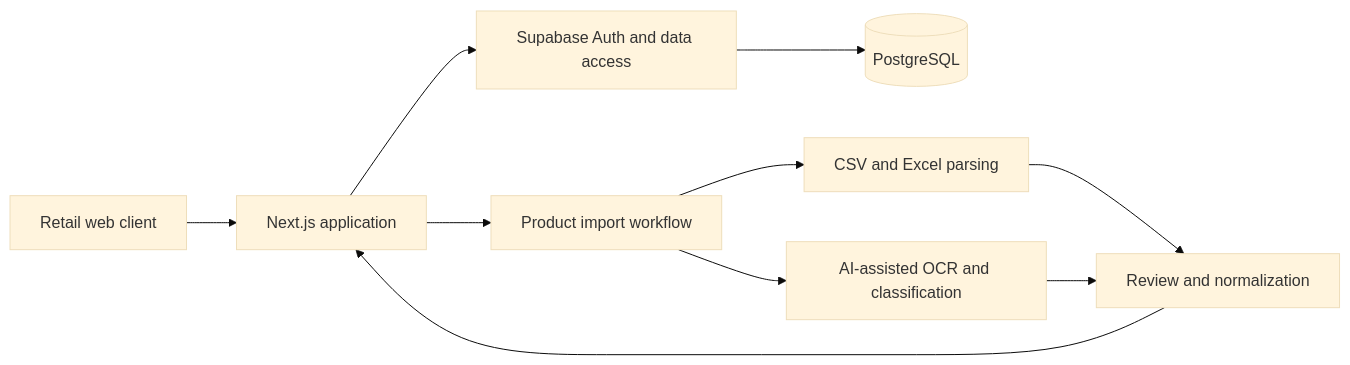
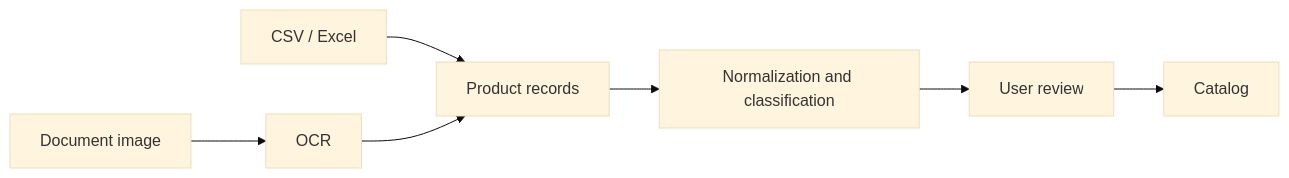
One commit to emamoreno7/Gestion-Inteligente-MegaShop changed the diagram in README.md. Above: the diagram before and after it, drawn with Mermaid (base theme). The commit also changed other lines of this file, not shown here.

````diff
--- a/README.md
+++ b/README.md
@@ -23,12 +11,9 @@
 ```mermaid
 flowchart LR
-    A[Retail web client] --> B[Next.js application]
-    B --> C[Supabase Auth and data access]
-    C --> D[(PostgreSQL)]
-    B --> E[Product import workflow]
-    E --> F[CSV and Excel parsing]
-    E --> G[AI-assisted OCR and classification]
-    F --> H[Review and normalization]
-    G --> H
-    H --> B
+    A[CSV / Excel] --> C[Product records]
+    B[Document image] --> D[OCR]
+    D --> C
+    C --> E[Normalization and classification]
+    E --> F[User review]
+    F --> G[Catalog]
 ```
````
